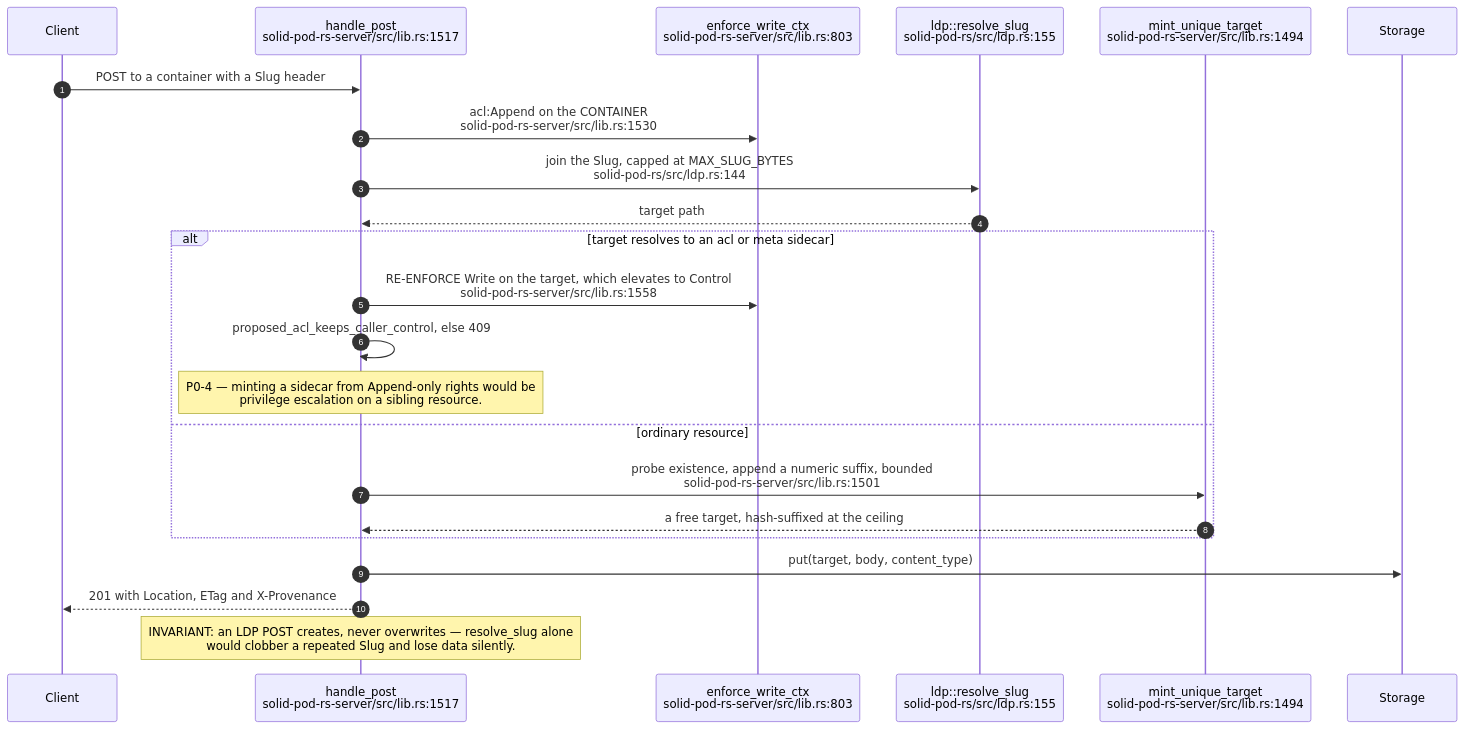
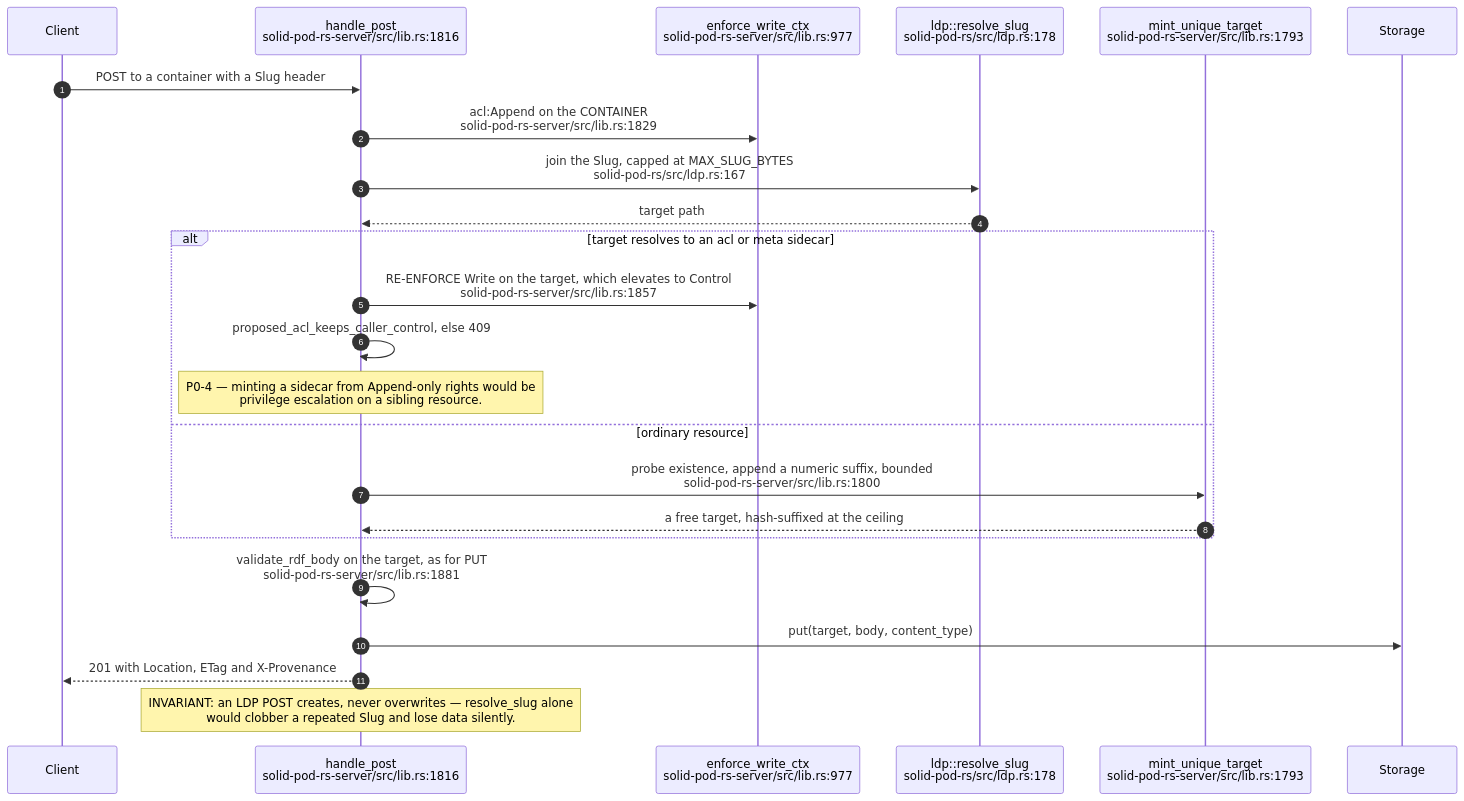
The fourth of 11 diagrams in docs/diagrams/solid-pod-rs/03-ldp-request-lifecycle.md (DreamLab-AI/VisionFlow), drawn with Mermaid before and after one commit. The commit also changed other lines of this file and 160 other files, not shown here.

````diff
--- a/docs/diagrams/solid-pod-rs/03-ldp-request-lifecycle.md
+++ b/docs/diagrams/solid-pod-rs/03-ldp-request-lifecycle.md
@@ -119,26 +123,27 @@
 ```mermaid
 sequenceDiagram
     autonumber
     participant C as Client
-    participant P as handle_post<br/>solid-pod-rs-server/src/lib.rs:1517
-    participant W as enforce_write_ctx<br/>solid-pod-rs-server/src/lib.rs:803
-    participant SL as ldp::resolve_slug<br/>solid-pod-rs/src/ldp.rs:155
-    participant MU as mint_unique_target<br/>solid-pod-rs-server/src/lib.rs:1494
+    participant P as handle_post<br/>solid-pod-rs-server/src/lib.rs:1816
+    participant W as enforce_write_ctx<br/>solid-pod-rs-server/src/lib.rs:977
+    participant SL as ldp::resolve_slug<br/>solid-pod-rs/src/ldp.rs:178
+    participant MU as mint_unique_target<br/>solid-pod-rs-server/src/lib.rs:1793
     participant S as Storage
 
     C->>P: POST to a container with a Slug header
-    P->>W: acl:Append on the CONTAINER<br/>solid-pod-rs-server/src/lib.rs:1530
-    P->>SL: join the Slug, capped at MAX_SLUG_BYTES<br/>solid-pod-rs/src/ldp.rs:144
+    P->>W: acl:Append on the CONTAINER<br/>solid-pod-rs-server/src/lib.rs:1829
+    P->>SL: join the Slug, capped at MAX_SLUG_BYTES<br/>solid-pod-rs/src/ldp.rs:167
     SL-->>P: target path
     alt target resolves to an acl or meta sidecar
-        P->>W: RE-ENFORCE Write on the target, which elevates to Control<br/>solid-pod-rs-server/src/lib.rs:1558
+        P->>W: RE-ENFORCE Write on the target, which elevates to Control<br/>solid-pod-rs-server/src/lib.rs:1857
         P->>P: proposed_acl_keeps_caller_control, else 409
         Note over P: P0-4 — minting a sidecar from Append-only rights would be<br/>privilege escalation on a sibling resource.
     else ordinary resource
-        P->>MU: probe existence, append a numeric suffix, bounded<br/>solid-pod-rs-server/src/lib.rs:1501
+        P->>MU: probe existence, append a numeric suffix, bounded<br/>solid-pod-rs-server/src/lib.rs:1800
         MU-->>P: a free target, hash-suffixed at the ceiling
     end
+    P->>P: validate_rdf_body on the target, as for PUT<br/>solid-pod-rs-server/src/lib.rs:1881
     P->>S: put(target, body, content_type)
     P-->>C: 201 with Location, ETag and X-Provenance
     Note over P: INVARIANT: an LDP POST creates, never overwrites — resolve_slug alone<br/>would clobber a repeated Slug and lose data silently.
 ```
````
